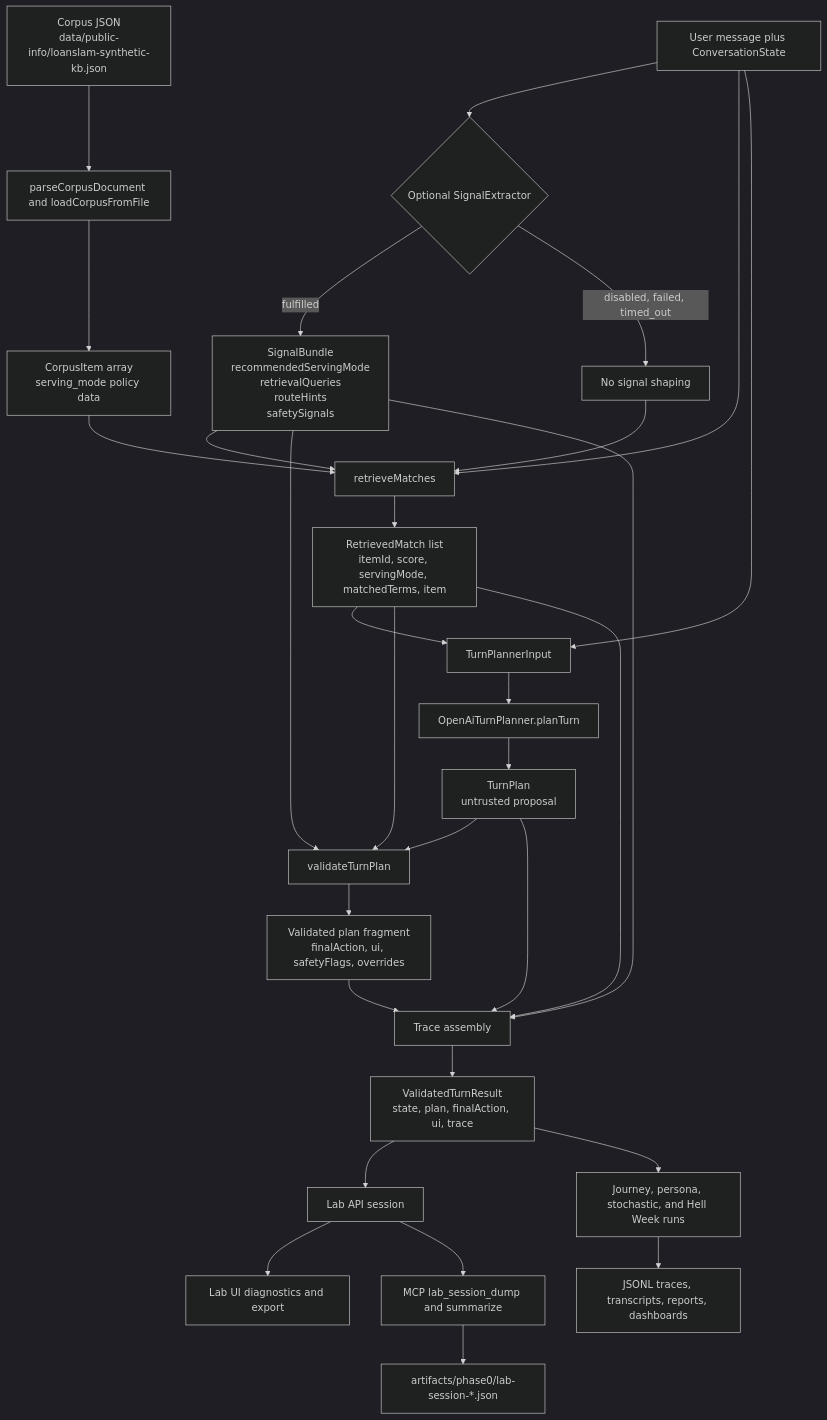
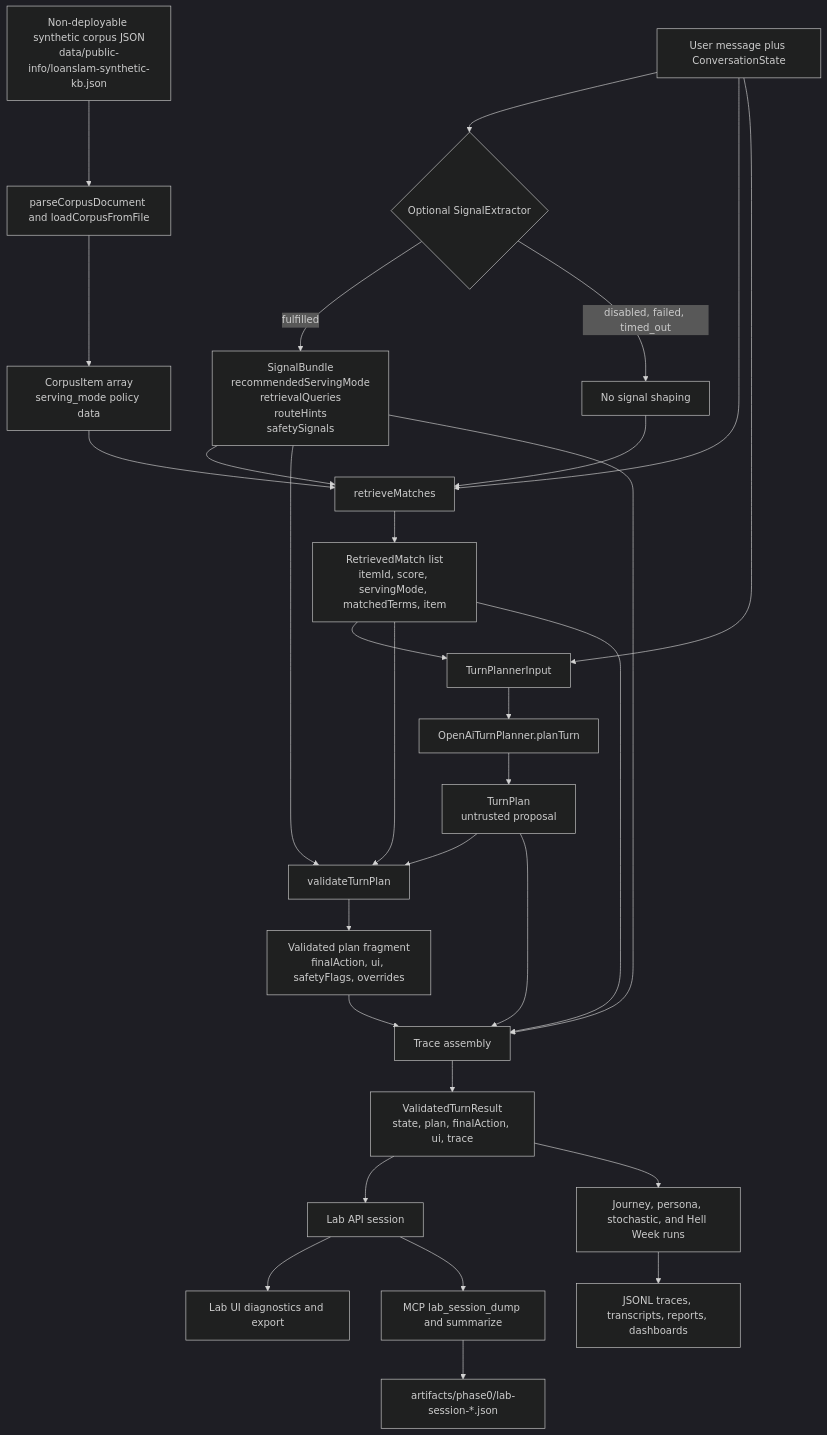
Before and after one commit to rickhallett/loanslam: the second of 2 diagrams in docs/llm-turn-planner-architecture.md, drawn with Mermaid (dark theme). The commit also changed other lines of this file and 6 other files, not shown here.

First line of the commit message:
chore(corpus): Mark synthetic KB non-deployable

````diff
--- a/docs/llm-turn-planner-architecture.md
+++ b/docs/llm-turn-planner-architecture.md
@@ -65,39 +65,39 @@
 ```mermaid
 flowchart TD
-  A[Corpus JSON<br/>data/public-info/loanslam-synthetic-kb.json] --> B[parseCorpusDocument and loadCorpusFromFile]
+  A[Non-deployable synthetic corpus JSON<br/>data/public-info/loanslam-synthetic-kb.json] --> B[parseCorpusDocument and loadCorpusFromFile]
   B --> C[CorpusItem array<br/>serving_mode policy data]
 
   U[User message plus ConversationState] --> S{Optional SignalExtractor}
   S -->|fulfilled| SB[SignalBundle<br/>recommendedServingMode<br/>retrievalQueries<br/>routeHints<br/>safetySignals]
   S -->|disabled, failed, timed_out| NS[No signal shaping]
 
   C --> R[retrieveMatches]
   U --> R
   SB --> R
   NS --> R
 
   R --> RM[RetrievedMatch list<br/>itemId, score, servingMode, matchedTerms, item]
   RM --> PI[TurnPlannerInput]
   U --> PI
   PI --> P[OpenAiTurnPlanner.planTurn]
   P --> TP[TurnPlan<br/>untrusted proposal]
 
   TP --> V[validateTurnPlan]
   RM --> V
   SB --> V
   V --> VR[Validated plan fragment<br/>finalAction, ui, safetyFlags, overrides]
 
   VR --> E[Trace assembly]
   RM --> E
   TP --> E
   SB --> E
   E --> OUT[ValidatedTurnResult<br/>state, plan, finalAction, ui, trace]
 
   OUT --> LAB[Lab API session]
   LAB --> UI[Lab UI diagnostics and export]
   LAB --> MCP[MCP lab_session_dump and summarize]
   MCP --> ART[artifacts/phase0/lab-session-*.json]
 
   OUT --> SIM[Journey, persona, stochastic, and Hell Week runs]
   SIM --> REP[JSONL traces, transcripts, reports, dashboards]
 ```
````
